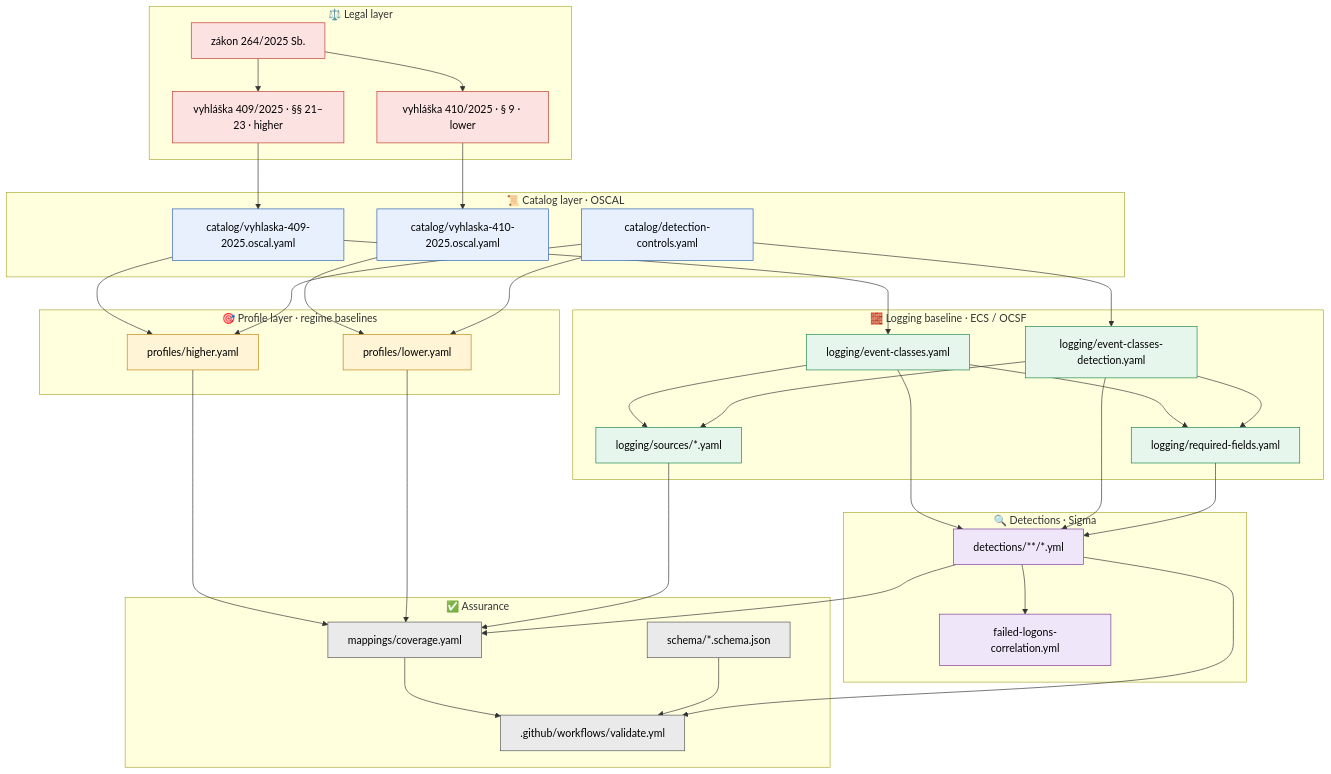
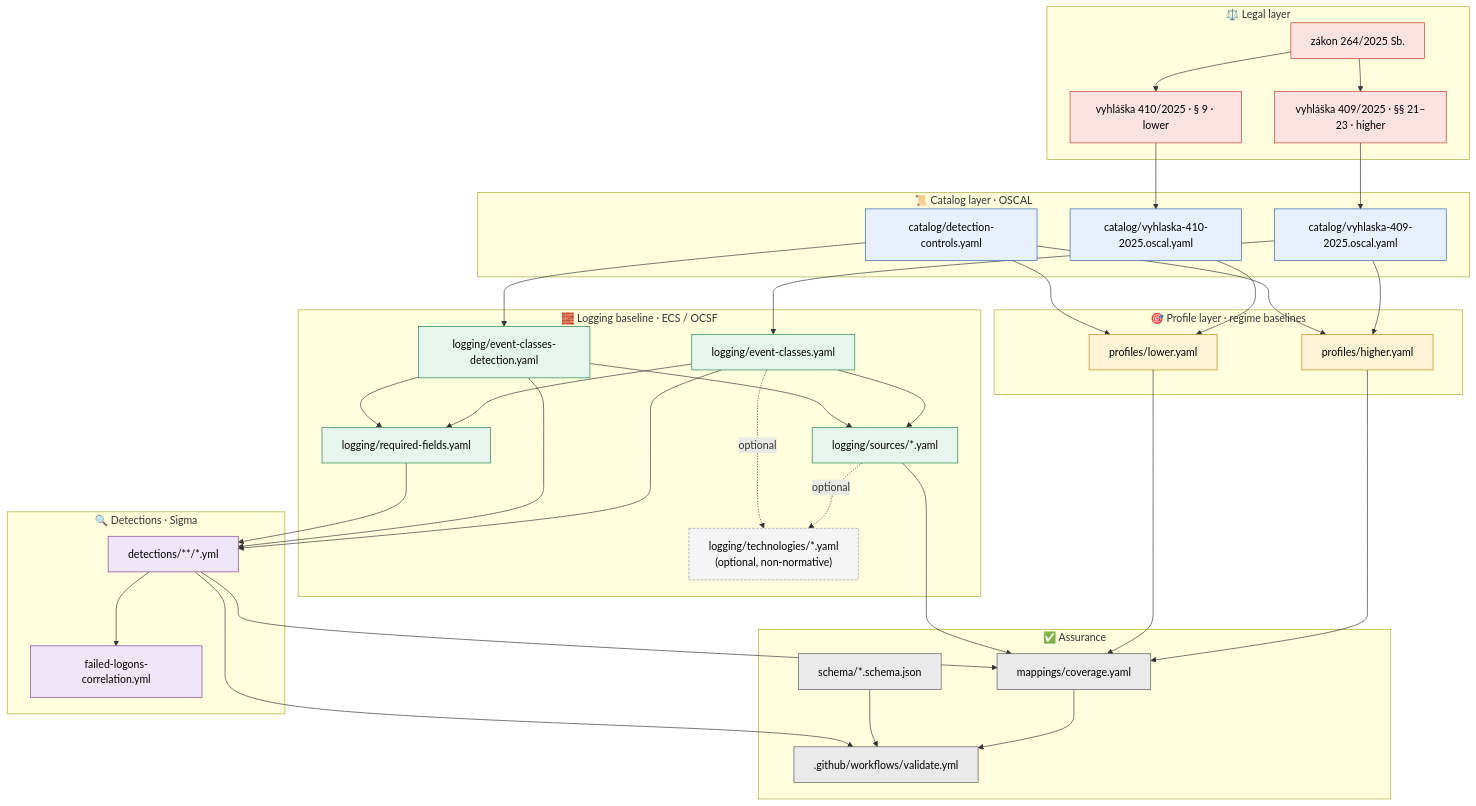
One commit to vojtfa135/zokb-siem-baseline changed the first of 3 diagrams in docs/architecture.md. Above: the diagram before and after it, drawn with Mermaid. The commit also changed other lines of this file and 64 other files, not shown here.

````diff
--- a/docs/architecture.md
+++ b/docs/architecture.md
@@ -17,75 +17,80 @@
 ```mermaid
 flowchart TD
     subgraph L0["⚖️ Legal layer"]
         ZAKON["zákon 264/2025 Sb."]
         V409["vyhláška 409/2025 · §§ 21–23 · higher"]
         V410["vyhláška 410/2025 · § 9 · lower"]
     end
 
     subgraph L1["📜 Catalog layer · OSCAL"]
         CAT409["catalog/vyhlaska-409-2025.oscal.yaml"]
         CAT410["catalog/vyhlaska-410-2025.oscal.yaml"]
         CTL["catalog/detection-controls.yaml"]
     end
 
     subgraph L2["🎯 Profile layer · regime baselines"]
         PH["profiles/higher.yaml"]
         PL["profiles/lower.yaml"]
     end
 
     subgraph L3["🧱 Logging baseline · ECS / OCSF"]
         EC["logging/event-classes.yaml"]
         ECD["logging/event-classes-detection.yaml"]
         RF["logging/required-fields.yaml"]
         SRC["logging/sources/*.yaml"]
+        TECH["logging/technologies/*.yaml<br/>(optional, non-normative)"]
     end
 
     subgraph L4["🔍 Detections · Sigma"]
         SIG["detections/**/*.yml"]
         COR["failed-logons-correlation.yml"]
     end
 
     subgraph L5["✅ Assurance"]
         COV["mappings/coverage.yaml"]
         SCHEMA["schema/*.schema.json"]
         CI[".github/workflows/validate.yml"]
     end
 
     ZAKON --> V409 --> CAT409
     ZAKON --> V410 --> CAT410
     CAT409 --> PH
     CAT410 --> PL
     CTL --> PH
     CTL --> PL
     CAT409 --> EC
     CTL --> ECD
     EC --> RF
     ECD --> RF
     EC --> SRC
     ECD --> SRC
+    SRC -.->|optional| TECH
+    EC -.->|optional| TECH
     EC --> SIG
     ECD --> SIG
     RF --> SIG
     SIG --> COR
     PH --> COV
     PL --> COV
     SIG --> COV
     SRC --> COV
     COV --> CI
     SCHEMA --> CI
     SIG --> CI
 
     classDef law fill:#fde2e2,stroke:#c0392b,color:#000;
     classDef cat fill:#e8f0fe,stroke:#2c5fb3,color:#000;
     classDef prof fill:#fff4d6,stroke:#b8860b,color:#000;
     classDef log fill:#e6f6ec,stroke:#1e8449,color:#000;
+    classDef opt fill:#f5f5f5,stroke:#999,color:#000,stroke-dasharray: 4 2;
     classDef rule fill:#f0e6fa,stroke:#7d3c98,color:#000;
     classDef ci fill:#eaeaea,stroke:#555,color:#000;
 
     class ZAKON,V409,V410 law;
     class CAT409,CAT410,CTL cat;
     class PH,PL prof;
     class EC,ECD,RF,SRC log;
+    class TECH opt;
     class SIG,COR rule;
     class COV,SCHEMA,CI ci;
 ```
````
